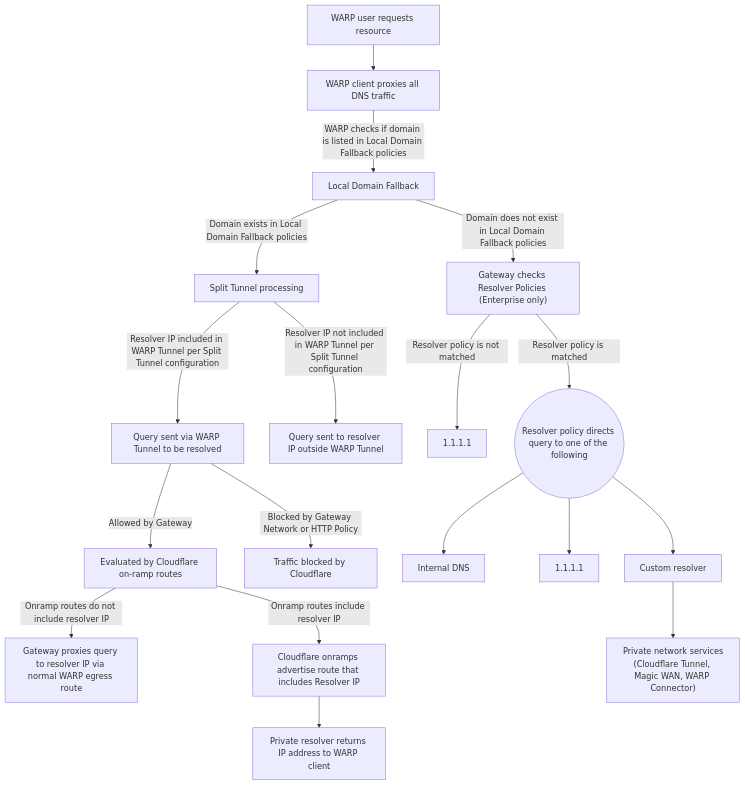
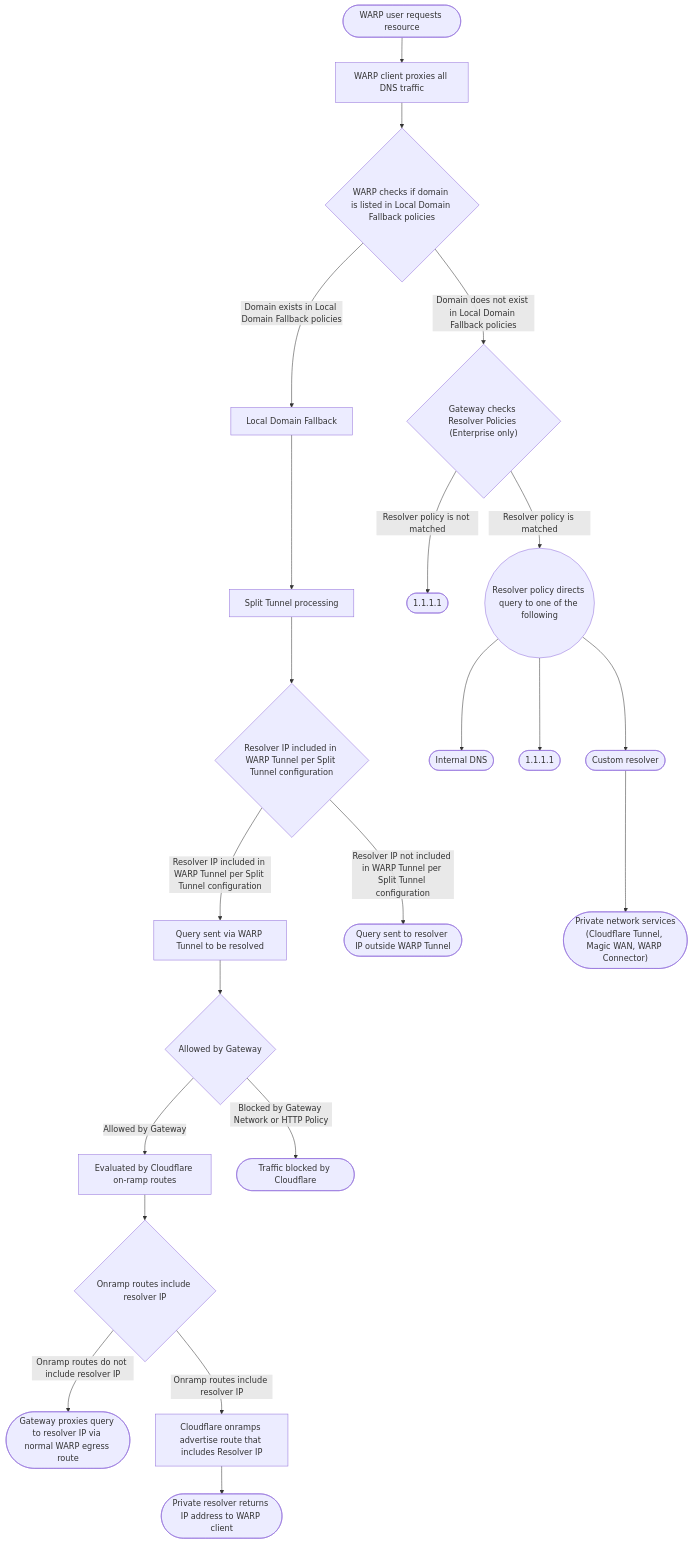
The diagram in src/content/docs/cloudflare-one/team-and-resources/devices/warp/configure-warp/route-traffic/index.mdx (rdhanarot/cloudflare-docs), drawn with Mermaid before and after one commit. The commit also changed other lines of this file and 1 other file, not shown here.

Commit message:
[CF1] Maintenance for mermaid graph and learning path numbering (#28152)

````diff
--- a/src/content/docs/cloudflare-one/team-and-resources/devices/warp/configure-warp/route-traffic/index.mdx
+++ b/src/content/docs/cloudflare-one/team-and-resources/devices/warp/configure-warp/route-traffic/index.mdx
@@ -30,30 +30,38 @@
 ```mermaid
 flowchart TD
-    A["WARP user requests resource"] --> B["WARP client proxies all DNS traffic"]
-    B -- WARP checks if domain is listed in Local Domain Fallback policies --> C["Local Domain Fallback"]
+    %% Accessibility
+    accTitle: How the WARP client handles DNS requests
+    accDescr: Flowchart describing how the WARP client routes DNS queries when using Local Domain Fallback, Split Tunnels, and Gateway resolver policies.
+
+    A(["WARP user requests resource"]) --> B["WARP client proxies all DNS traffic"]
+    B --> LDFCHK{"WARP checks if domain is listed in Local Domain Fallback policies"}
 
     %% Left branch (LDF exists)
-    C -- Domain exists in Local Domain Fallback policies --> ST["Split Tunnel processing"]
+    LDFCHK -- Domain exists in Local Domain Fallback policies --> C["Local Domain Fallback"]
+    C --> ST["Split Tunnel processing"]
 
-    ST -- Resolver IP included in WARP Tunnel per Split Tunnel configuration --> QW["Query sent via WARP Tunnel to be resolved"]
-    ST -- Resolver IP not included in WARP Tunnel per Split Tunnel configuration --> QO["Query sent to resolver IP outside WARP Tunnel"]
+    ST --> STCHK{"Resolver IP included in WARP Tunnel per Split Tunnel configuration"}
+    STCHK -- Resolver IP included in WARP Tunnel per Split Tunnel configuration --> QW["Query sent via WARP Tunnel to be resolved"]
+    STCHK -- Resolver IP not included in WARP Tunnel per Split Tunnel configuration --> QO(["Query sent to resolver IP outside WARP Tunnel"])
 
     %% Gateway evaluation after query via WARP
-    QW -- Allowed by Gateway --> OR["Evaluated by Cloudflare on-ramp routes"]
-    QW -- Blocked by Gateway Network or HTTP Policy --> BLK["Traffic blocked by Cloudflare"]
+    QW --> GWALLOW{"Allowed by Gateway"}
+    GWALLOW -- Allowed by Gateway --> OR["Evaluated by Cloudflare on-ramp routes"]
+    GWALLOW -- Blocked by Gateway Network or HTTP Policy --> BLK(["Traffic blocked by Cloudflare"])
 
-    OR -- Onramp routes do not include resolver IP --> GP["Gateway proxies query to resolver IP via normal WARP egress route"]
-    OR -- Onramp routes include resolver IP --> ADV["Cloudflare onramps advertise route that includes Resolver IP"]
-    ADV --> PR["Private resolver returns IP address to WARP client"]
+    OR --> ORCHK{"Onramp routes include resolver IP"}
+    ORCHK -- Onramp routes do not include resolver IP --> GP(["Gateway proxies query to resolver IP via normal WARP egress route"])
+    ORCHK -- Onramp routes include resolver IP --> ADV["Cloudflare onramps advertise route that includes Resolver IP"]
+    ADV --> PR(["Private resolver returns IP address to WARP client"])
 
     %% Right branch (no LDF match)
-    C -- Domain does not exist in Local Domain Fallback policies --> GWR["Gateway checks Resolver Policies (Enterprise only)"]
+    LDFCHK -- Domain does not exist in Local Domain Fallback policies --> GWR{"Gateway checks Resolver Policies (Enterprise only)"}
 
-    GWR -- Resolver policy is not matched --> C1111a["1.1.1.1"]
+    GWR -- Resolver policy is not matched --> C1111a(["1.1.1.1"])
 
-    GWR -- Resolver policy is matched --> MATCH((Resolver policy directs query to one of the following))
-    MATCH --> IDNS["Internal DNS"]
-    MATCH --> C1111b["1.1.1.1"]
-    MATCH --> CUST["Custom resolver"]
-    CUST --> PNS["Private network services<br>(Cloudflare Tunnel, Magic WAN, WARP Connector)"]
+    GWR -- Resolver policy is matched --> MATCH(("Resolver policy directs query to one of the following"))
+    MATCH --> IDNS(["Internal DNS"])
+    MATCH --> C1111b(["1.1.1.1"])
+    MATCH --> CUST(["Custom resolver"])
+    CUST --> PNS(["Private network services<br>(Cloudflare Tunnel, Magic WAN, WARP Connector)"])
 ```
````
